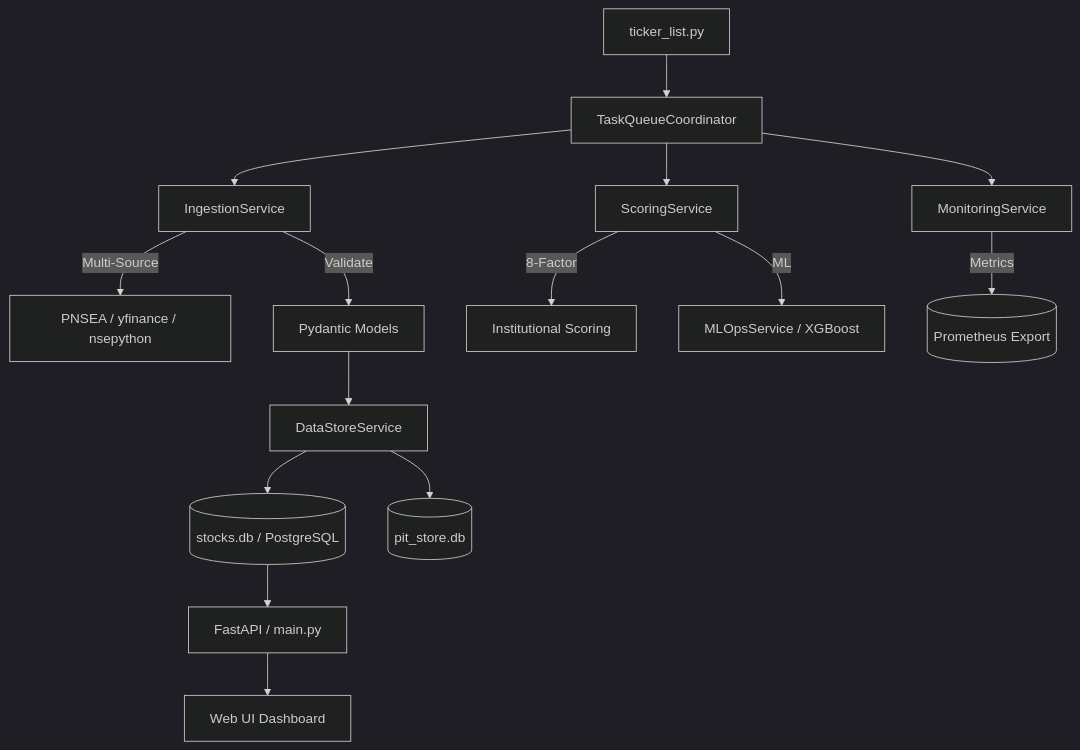
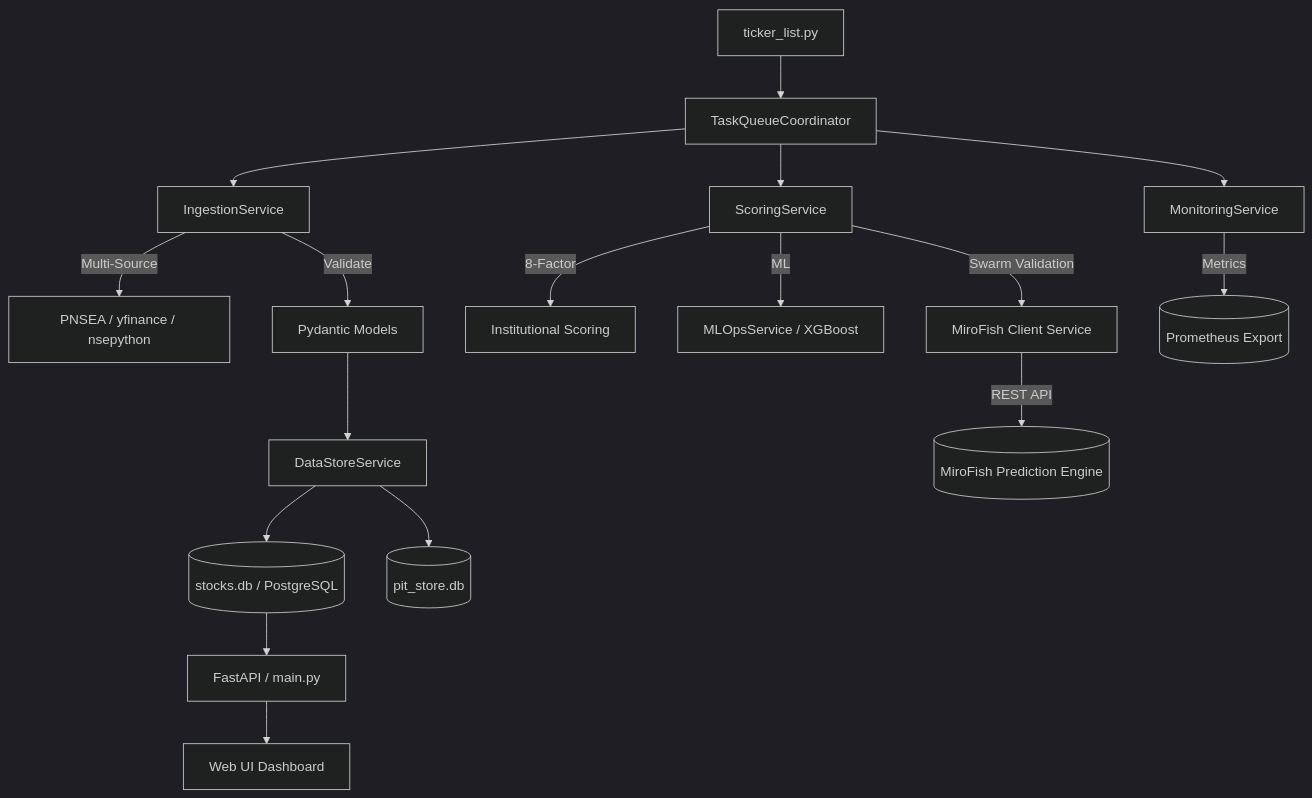
The diagram in README.md (jpechetty-debug/Newmultibagger), drawn with Mermaid (dark theme) before and after one commit. The commit also changed other lines of this file and 211 other files, not shown here.

Commit message:
chore: finalize Sovereign Engine v14.6 modular architecture and hardening updates

````diff
--- a/README.md
+++ b/README.md
@@ -57,22 +57,25 @@
 ```mermaid
 graph TD
     A[ticker_list.py] --> B[TaskQueueCoordinator]
     B --> C[IngestionService]
     B --> D[ScoringService]
     B --> M[MonitoringService]
     
     C -->|Multi-Source| E[PNSEA / yfinance / nsepython]
     C -->|Validate| F[Pydantic Models]
     
     D -->|8-Factor| G[Institutional Scoring]
     D -->|ML| H[MLOpsService / XGBoost]
+    D -->|Swarm Validation| S[MiroFish Client Service]
+    
+    S -->|REST API| Z[(MiroFish Prediction Engine)]
     
     M -->|Metrics| P[(Prometheus Export)]
     
     F --> I[DataStoreService]
     I --> J[(stocks.db / PostgreSQL)]
     I --> K[(pit_store.db)]
     
     J --> L[FastAPI / main.py]
     L --> N[Web UI Dashboard]
 ```
````
